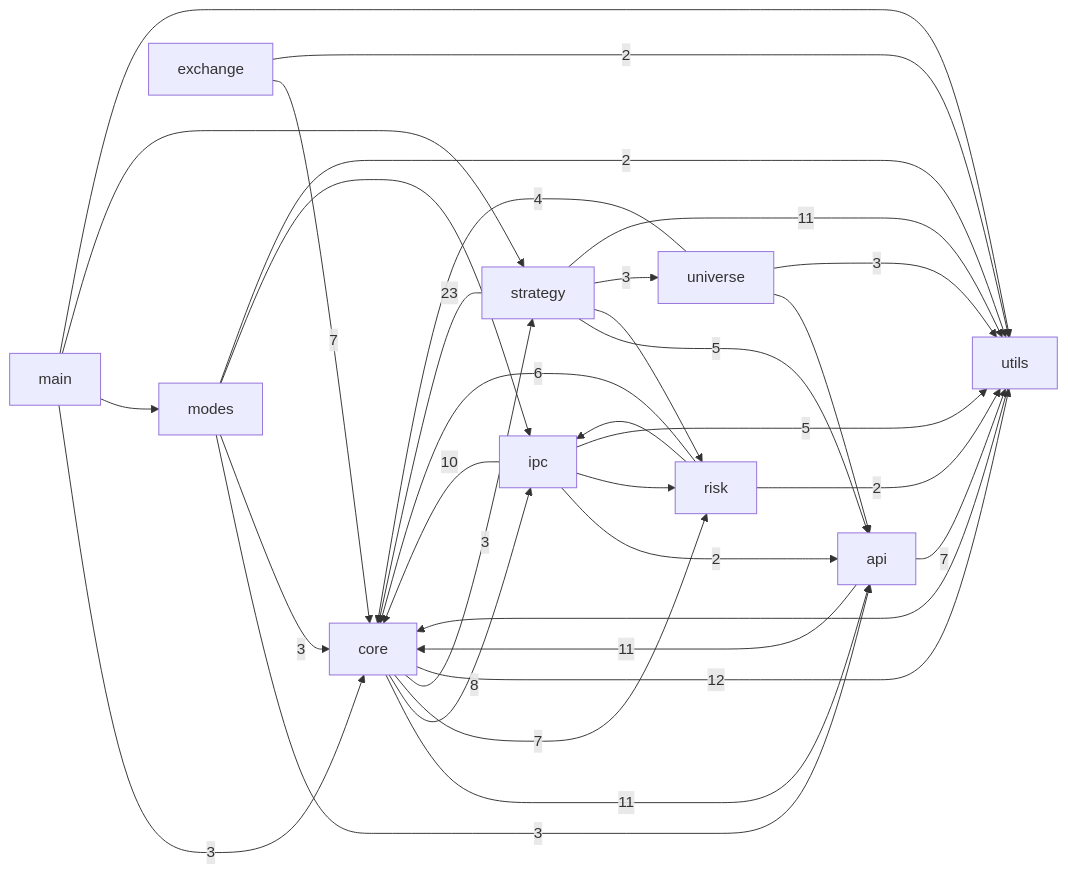
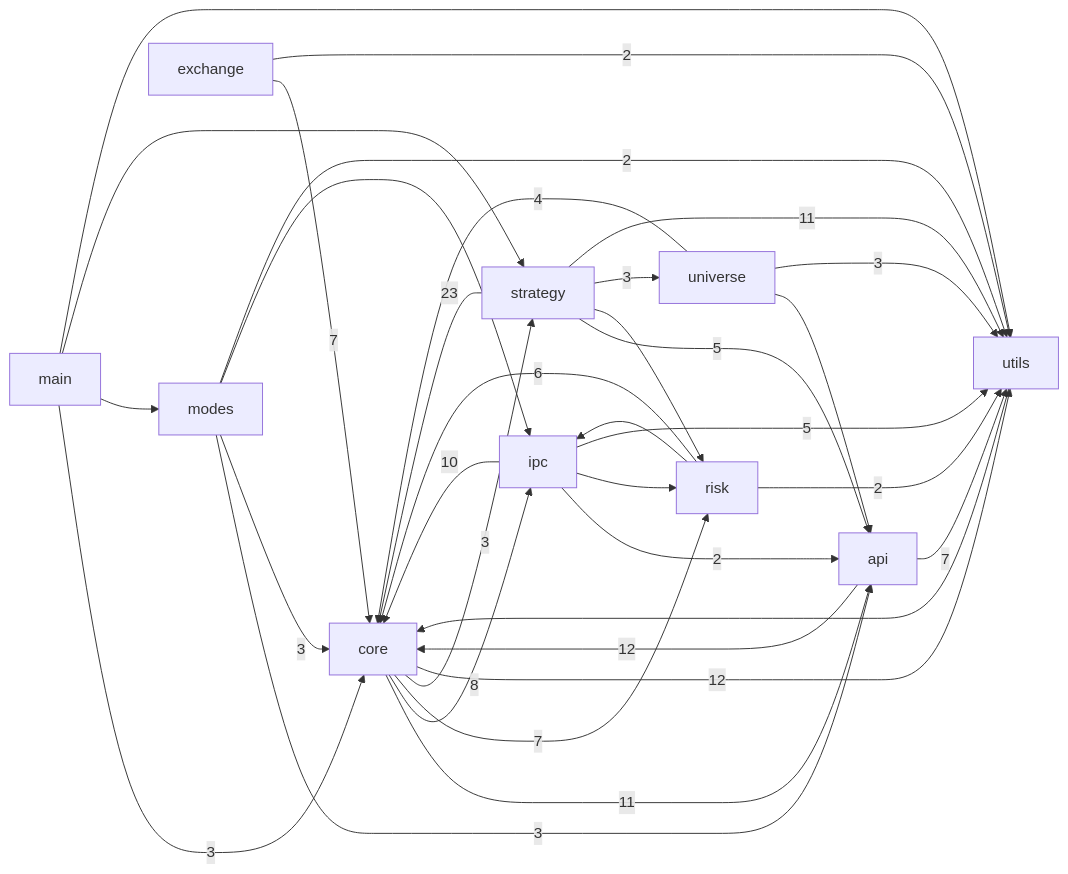
The first of 3 diagrams in docs/CODE_GRAPH.md (pypy8171/Quant), drawn with Mermaid before and after one commit. The commit also changed other lines of this file and 5 other files, not shown here.

````diff
--- a/docs/CODE_GRAPH.md
+++ b/docs/CODE_GRAPH.md
@@ -10,46 +10,46 @@
 ```mermaid
 graph LR
   main[main]
   modes[modes]
   core[core]
   strategy[strategy]
   api[api]
   universe[universe]
   risk[risk]
   ipc[ipc]
   utils[utils]
   exchange[exchange]
-  api -->|11| core
+  api -->|12| core
   api -->|7| utils
   core -->|11| api
   core -->|8| ipc
   core -->|7| risk
   core -->|3| strategy
   core -->|12| utils
   exchange -->|7| core
   exchange -->|2| utils
   ipc -->|2| api
   ipc -->|10| core
   ipc --> risk
   ipc -->|5| utils
   main -->|3| core
   main --> modes
   main --> strategy
   main --> utils
   modes -->|3| api
   modes -->|3| core
   modes --> ipc
   modes -->|2| utils
   risk -->|6| core
   risk --> ipc
   risk -->|2| utils
   strategy -->|5| api
   strategy -->|23| core
   strategy --> risk
   strategy -->|3| universe
   strategy -->|11| utils
   universe --> api
   universe -->|4| core
   universe -->|3| utils
   utils --> core
 ```
````
